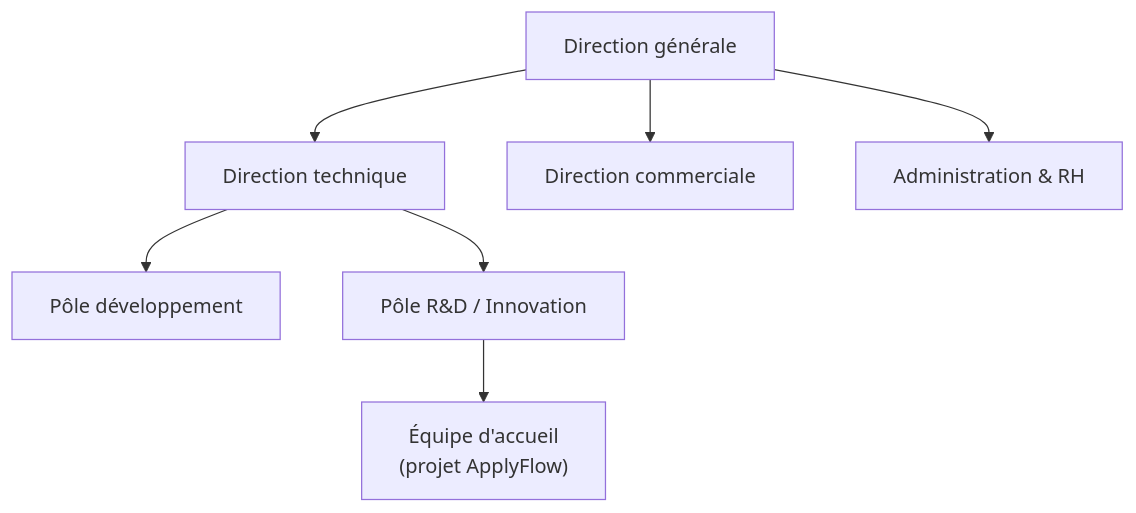
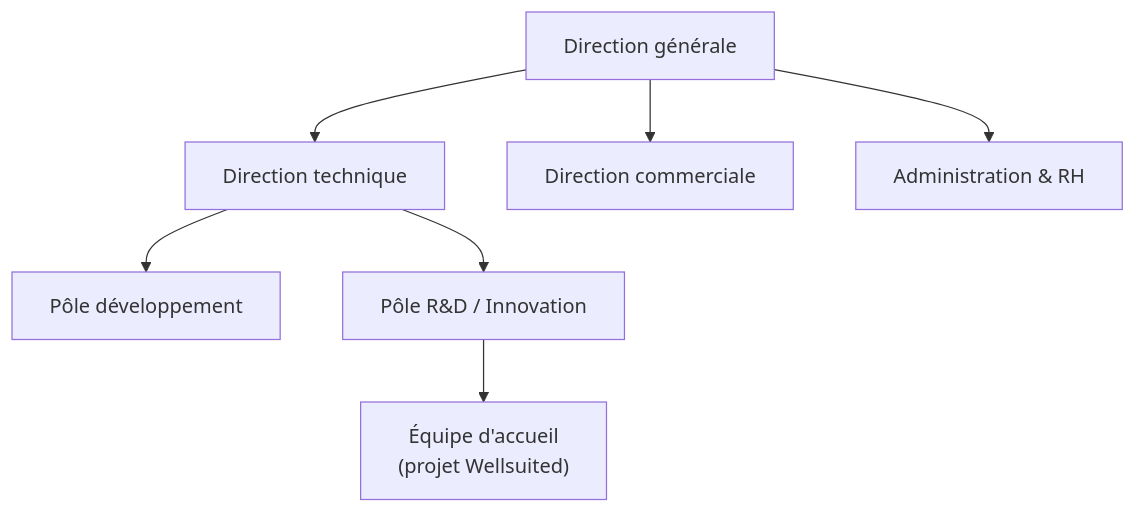
The first of 7 diagrams in docs/memoire-pfe.md (YounessHassoune/cv-agent), drawn with Mermaid before and after one commit. The commit also changed other lines of this file and 15 other files, not shown here.

Commit message:
Rename project from ApplyFlow to Wellsuited, updating all relevant references throughout the codebase. Introduce new logo assets and adjust metadata for consistency. Refactor sidebar and layout components to reflect the new branding, ensuring a cohesive user experience across the application.

````diff
--- a/docs/memoire-pfe.md
+++ b/docs/memoire-pfe.md
@@ -105,9 +105,9 @@
 ```mermaid
 graph TD
     DG["Direction générale"] --> TECH["Direction technique"]
     DG --> COM["Direction commerciale"]
     DG --> ADM["Administration & RH"]
     TECH --> DEV["Pôle développement"]
     TECH --> RD["Pôle R&D / Innovation"]
-    RD --> STAGE["Équipe d'accueil<br/>(projet ApplyFlow)"]
+    RD --> STAGE["Équipe d'accueil<br/>(projet Wellsuited)"]
 ```
````
